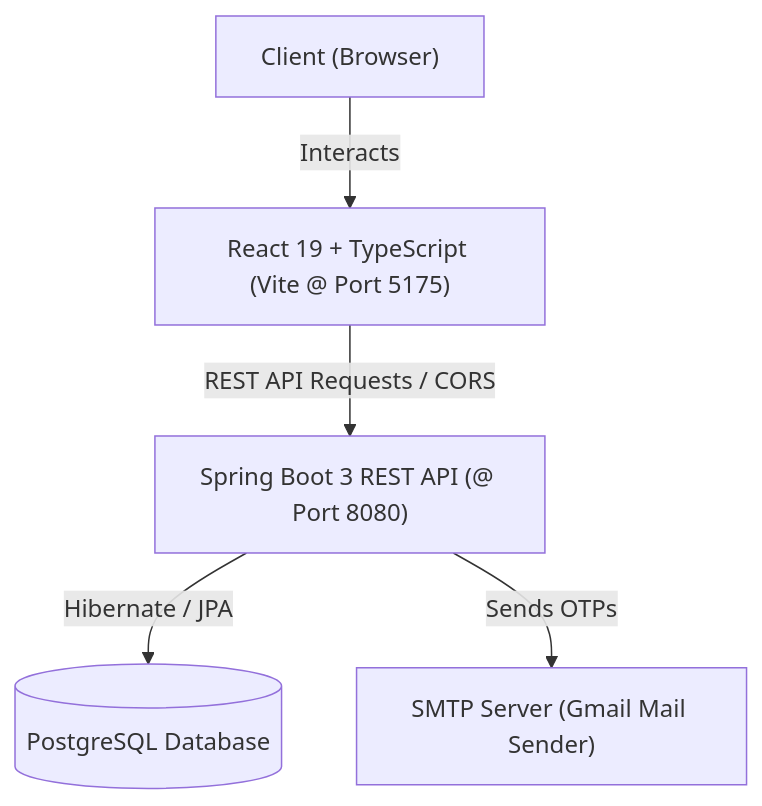
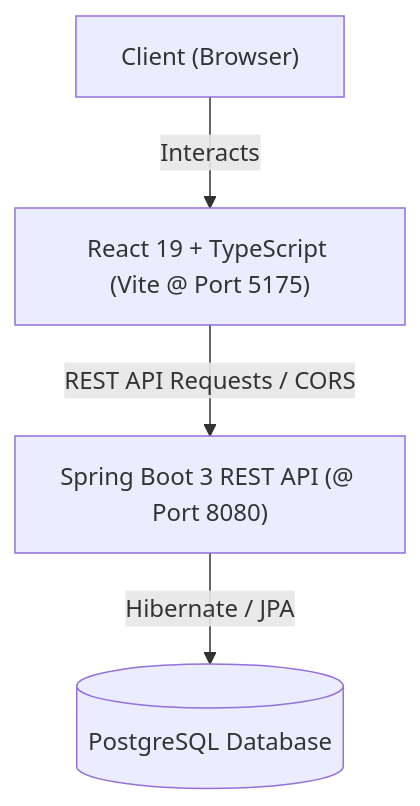
Before and after one commit to prateek9126/EcoCare: the diagram in README.md, drawn with Mermaid. The commit also changed other lines of this file, not shown here.

Commit message:
docs: remove Google SMTP from architecture diagram and documentation

````diff
--- a/README.md
+++ b/README.md
@@ -53,13 +53,11 @@
 ```mermaid
 graph TD
     Client["Client (Browser)"]
     Vite["React 19 + TypeScript (Vite @ Port 5175)"]
     API["Spring Boot 3 REST API (@ Port 8080)"]
     DB[("PostgreSQL Database")]
-    Mail["SMTP Server (Gmail Mail Sender)"]
     
     Client -->|Interacts| Vite
     Vite -->|REST API Requests / CORS| API
     API -->|Hibernate / JPA| DB
-    API -->|Sends OTPs| Mail
 ```
````
